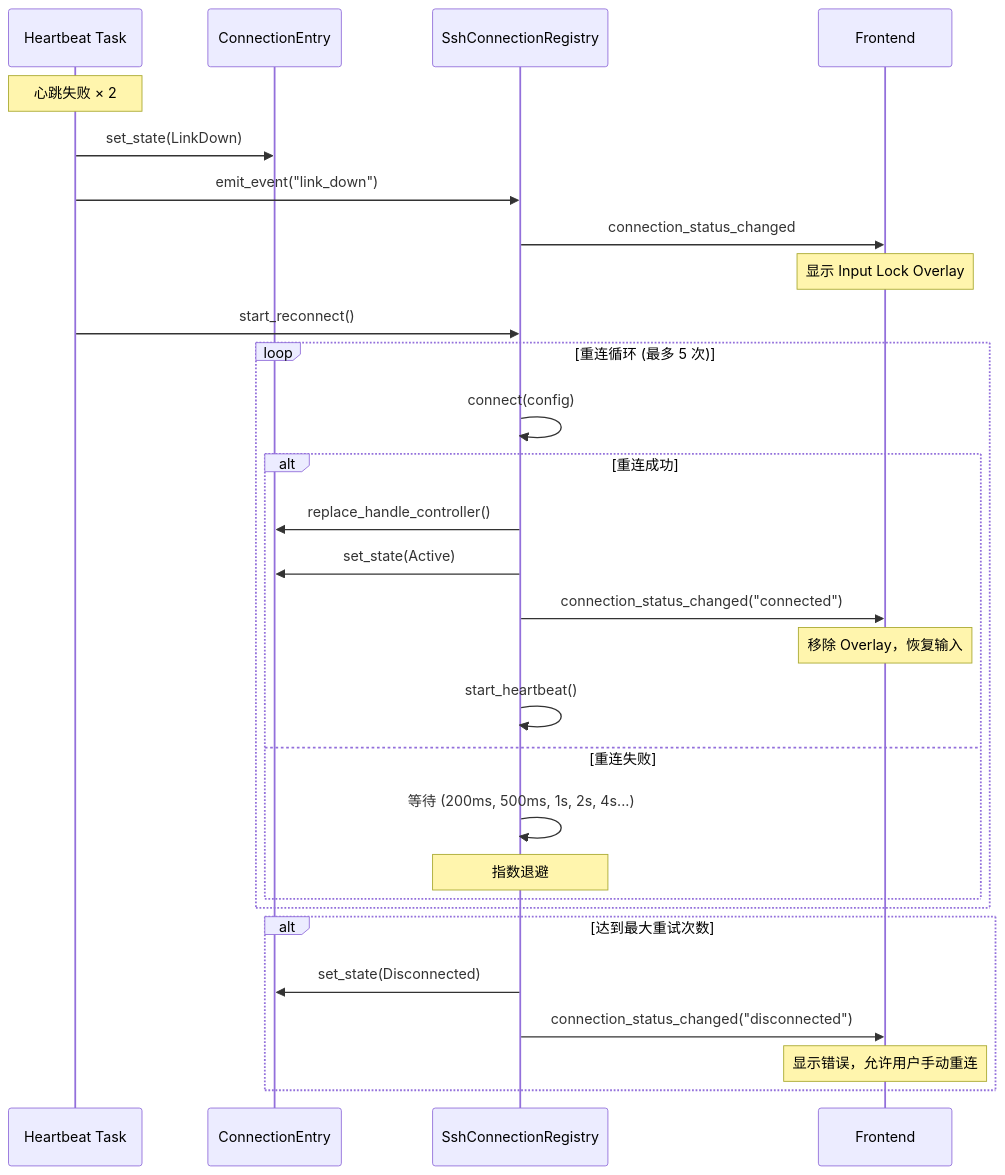
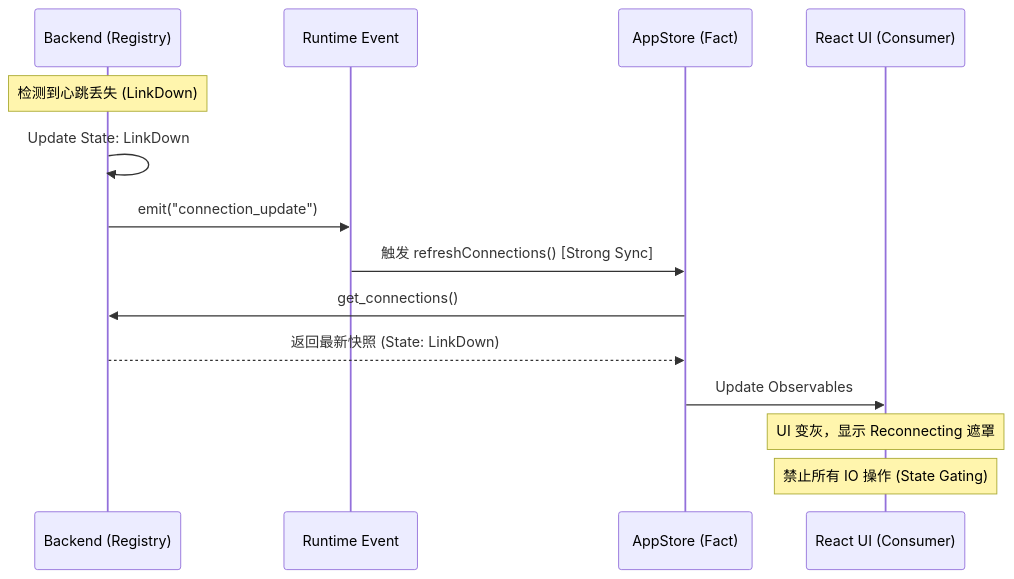
Before and after one commit to AnalyseDeCircuit/OxideTerm: the third of 4 diagrams in docs/CONNECTION_POOL.md, drawn with Mermaid. The commit also changed other lines of this file and 21 other files, not shown here.

````diff
--- a/docs/CONNECTION_POOL.md
+++ b/docs/CONNECTION_POOL.md
@@ -200,37 +103,19 @@
 ```mermaid
 sequenceDiagram
-    participant HB as Heartbeat Task
-    participant Conn as ConnectionEntry
-    participant Reg as SshConnectionRegistry
-    participant UI as Frontend
+    participant Back as Backend (Registry)
+    participant Event as Runtime Event
+    participant Store as AppStore (Fact)
+    participant UI as React UI (Consumer)
+
+    Note over Back: 检测到心跳丢失 (LinkDown)
+    Back->>Back: Update State: LinkDown
+    Back->>Event: emit("connection_update")
     
-    Note over HB: 心跳失败 × 2
+    Event->>Store: 触发 refreshConnections() [Strong Sync]
+    Store->>Back: get_connections()
+    Back-->>Store: 返回最新快照 (State: LinkDown)
     
-    HB->>Conn: set_state(LinkDown)
-    HB->>Reg: emit_event("link_down")
-    Reg->>UI: connection_status_changed
-    Note over UI: 显示 Input Lock Overlay
-    
-    HB->>Reg: start_reconnect()
-    
-    loop 重连循环 (最多 5 次)
-        Reg->>Reg: connect(config)
-        
-        alt 重连成功
-            Reg->>Conn: replace_handle_controller()
-            Reg->>Conn: set_state(Active)
-            Reg->>UI: connection_status_changed("connected")
-            Note over UI: 移除 Overlay，恢复输入
-            Reg->>Reg: start_heartbeat()
-        else 重连失败
-            Reg->>Reg: 等待 (200ms, 500ms, 1s, 2s, 4s...)
-            Note over Reg: 指数退避
-        end
-    end
-    
-    alt 达到最大重试次数
-        Reg->>Conn: set_state(Disconnected)
-        Reg->>UI: connection_status_changed("disconnected")
-        Note over UI: 显示错误，允许用户手动重连
-    end
+    Store->>UI: Update Observables
+    Note over UI: UI 变灰，显示 Reconnecting 遮罩
+    Note over UI: 禁止所有 IO 操作 (State Gating)
 ```
````
